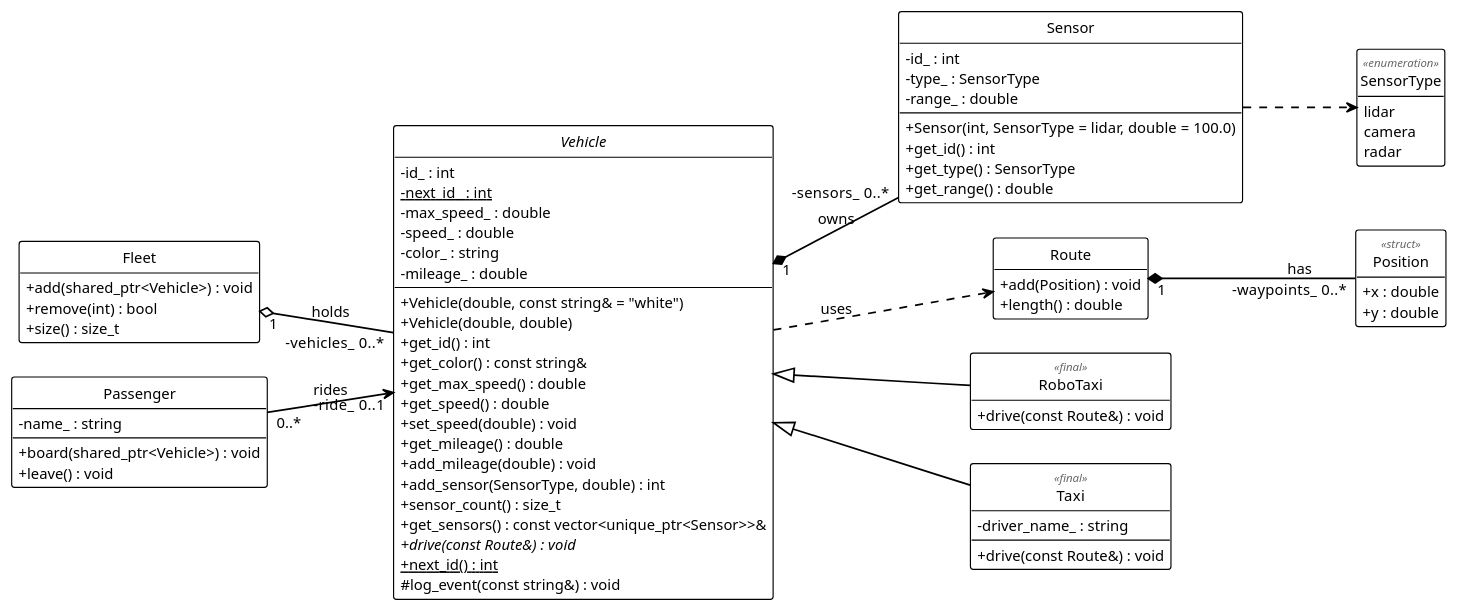
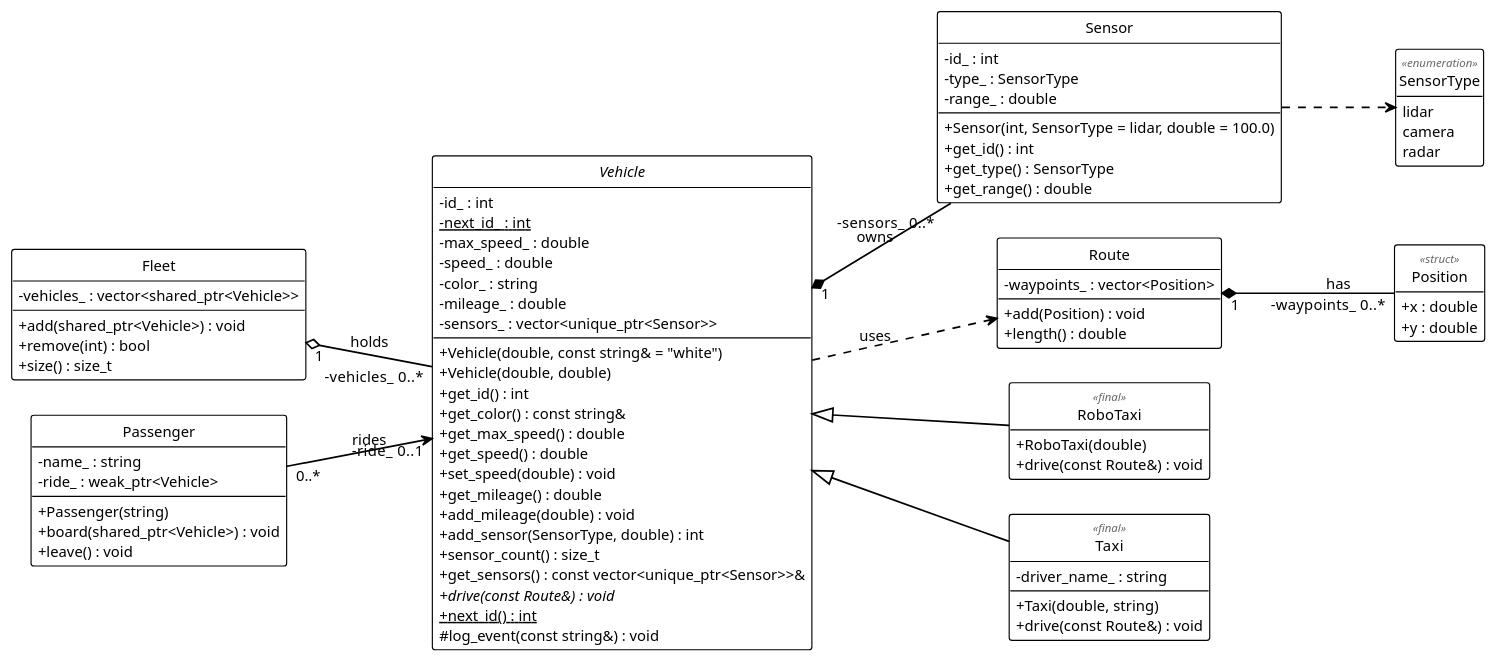
Before and after one commit to zeidk/enpm702-fall-2026-cpp: the diagram in project/week9/uml/robotaxi_model.plantuml, drawn with PlantUML.

Commit message:
week9: the class diagram's PlantUML matches the slides
Every data member in its box and at its line's end, and the
constructors of Passenger, RoboTaxi and Taxi.

```diff
--- a/project/week9/uml/robotaxi_model.plantuml
+++ b/project/week9/uml/robotaxi_model.plantuml
@@ -1,89 +1,96 @@
 @startuml model_full_members
 ' Generated for the slides.
 !theme mono
 skinparam backgroundColor white
 skinparam defaultFontName "Fira Sans"
 skinparam defaultFontSize 13
 skinparam shadowing false
 skinparam classAttributeIconSize 0
 skinparam nodesep 30
 skinparam ranksep 75
 skinparam ArrowThickness 1.5
 hide circle
 hide empty members
 
 
 left to right direction
 
 class Fleet {
+  - vehicles_ : vector<shared_ptr<Vehicle>>
   + add(shared_ptr<Vehicle>) : void
   + remove(int) : bool
   + size() : size_t
 }
 class Passenger {
   - name_ : string
+  - ride_ : weak_ptr<Vehicle>
+  + Passenger(string)
   + board(shared_ptr<Vehicle>) : void
   + leave() : void
 }
 abstract class Vehicle {
   - id_ : int
   - {static} next_id_ : int
   - max_speed_ : double
   - speed_ : double
   - color_ : string
   - mileage_ : double
+  - sensors_ : vector<unique_ptr<Sensor>>
   + Vehicle(double, const string& = "white")
   + Vehicle(double, double)
   + get_id() : int
   + get_color() : const string&
   + get_max_speed() : double
   + get_speed() : double
   + set_speed(double) : void
   + get_mileage() : double
   + add_mileage(double) : void
   + add_sensor(SensorType, double) : int
   + sensor_count() : size_t
   + get_sensors() : const vector<unique_ptr<Sensor>>&
   + {abstract} drive(const Route&) : void
   + {static} next_id() : int
   # log_event(const string&) : void
 }
 class Sensor {
   - id_ : int
   - type_ : SensorType
   - range_ : double
   + Sensor(int, SensorType = lidar, double = 100.0)
   + get_id() : int
   + get_type() : SensorType
   + get_range() : double
 }
 enum SensorType <<enumeration>> {
   lidar
   camera
   radar
 }
 class Route {
+  - waypoints_ : vector<Position>
   + add(Position) : void
   + length() : double
 }
 class Position <<struct>> {
   + x : double
   + y : double
 }
 class RoboTaxi <<final>> {
+  + RoboTaxi(double)
   + drive(const Route&) : void
 }
 class Taxi <<final>> {
   - driver_name_ : string
+  + Taxi(double, string)
   + drive(const Route&) : void
 }
 
 Fleet "1" o-- "-vehicles_  0..*" Vehicle : holds
 Passenger "0..*" --> "-ride_  0..1" Vehicle : rides
 Vehicle "1" *-- "-sensors_  0..*" Sensor : owns
 Vehicle ..> Route : uses
 Route "1" *-- "-waypoints_  0..*" Position : has
 Sensor ..> SensorType
 Vehicle <|-- RoboTaxi
 Vehicle <|-- Taxi
 @enduml
```
